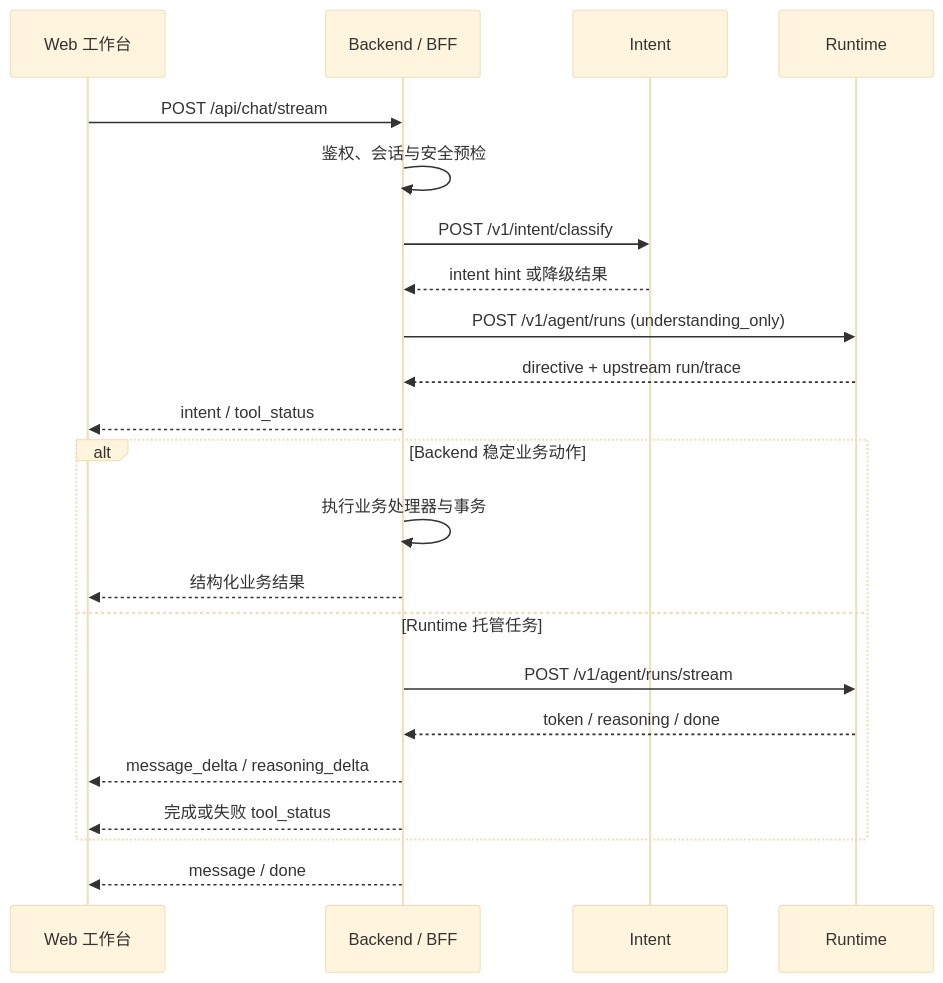
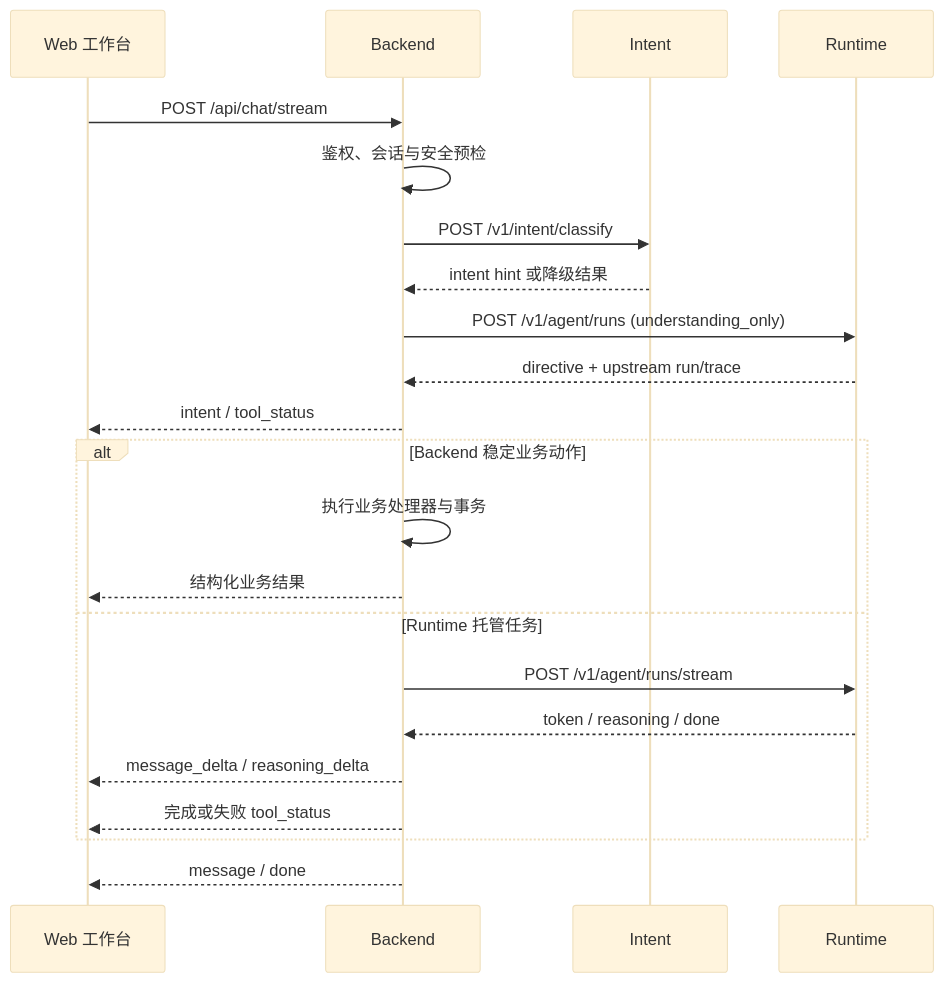
The third of 4 diagrams in agent-doc/架构设计/系统架构与核心链路.md (Logistic98/job-buddy), drawn with Mermaid (base theme) before and after one commit. The commit also changed other lines of this file and 32 other files, not shown here.

Commit message:
docs: align engine context and diagram guidance

````diff
--- a/agent-doc/架构设计/系统架构与核心链路.md
+++ b/agent-doc/架构设计/系统架构与核心链路.md
@@ -114,25 +110,25 @@
 ```mermaid
 sequenceDiagram
     participant FE as Web 工作台
-    participant BE as Backend / BFF
+    participant BE as Backend
     participant IN as Intent
     participant RT as Runtime
 
     FE->>BE: POST /api/chat/stream
     BE->>BE: 鉴权、会话与安全预检
     BE->>IN: POST /v1/intent/classify
     IN-->>BE: intent hint 或降级结果
     BE->>RT: POST /v1/agent/runs (understanding_only)
     RT-->>BE: directive + upstream run/trace
     BE-->>FE: intent / tool_status
     alt Backend 稳定业务动作
         BE->>BE: 执行业务处理器与事务
         BE-->>FE: 结构化业务结果
     else Runtime 托管任务
         BE->>RT: POST /v1/agent/runs/stream
         RT-->>BE: token / reasoning / done
         BE-->>FE: message_delta / reasoning_delta
         BE-->>FE: 完成或失败 tool_status
     end
     BE-->>FE: message / done
 ```
````
